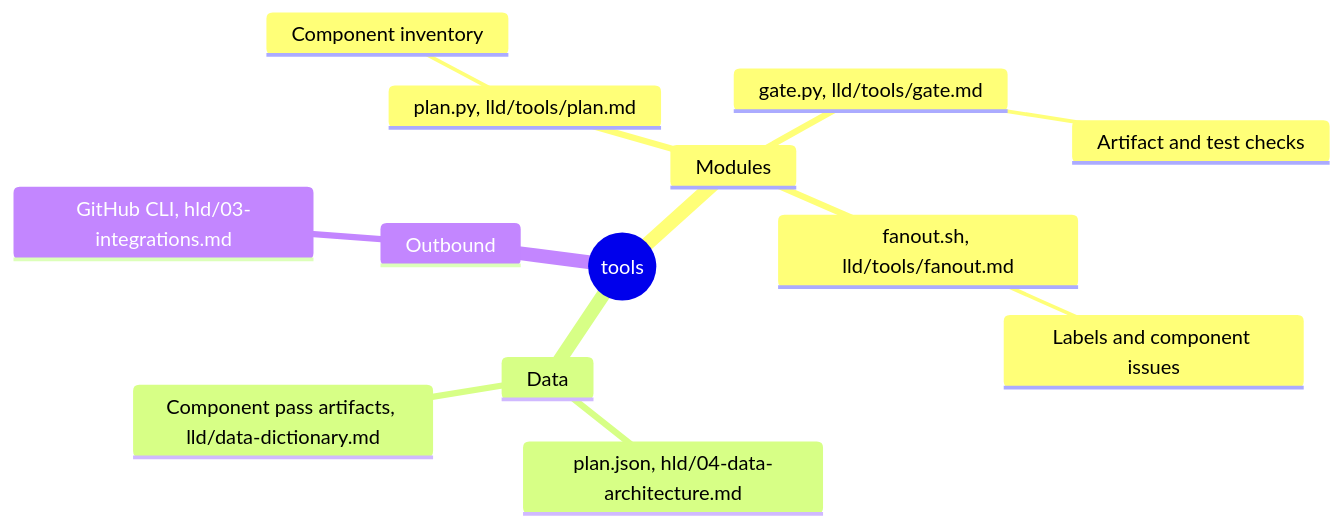
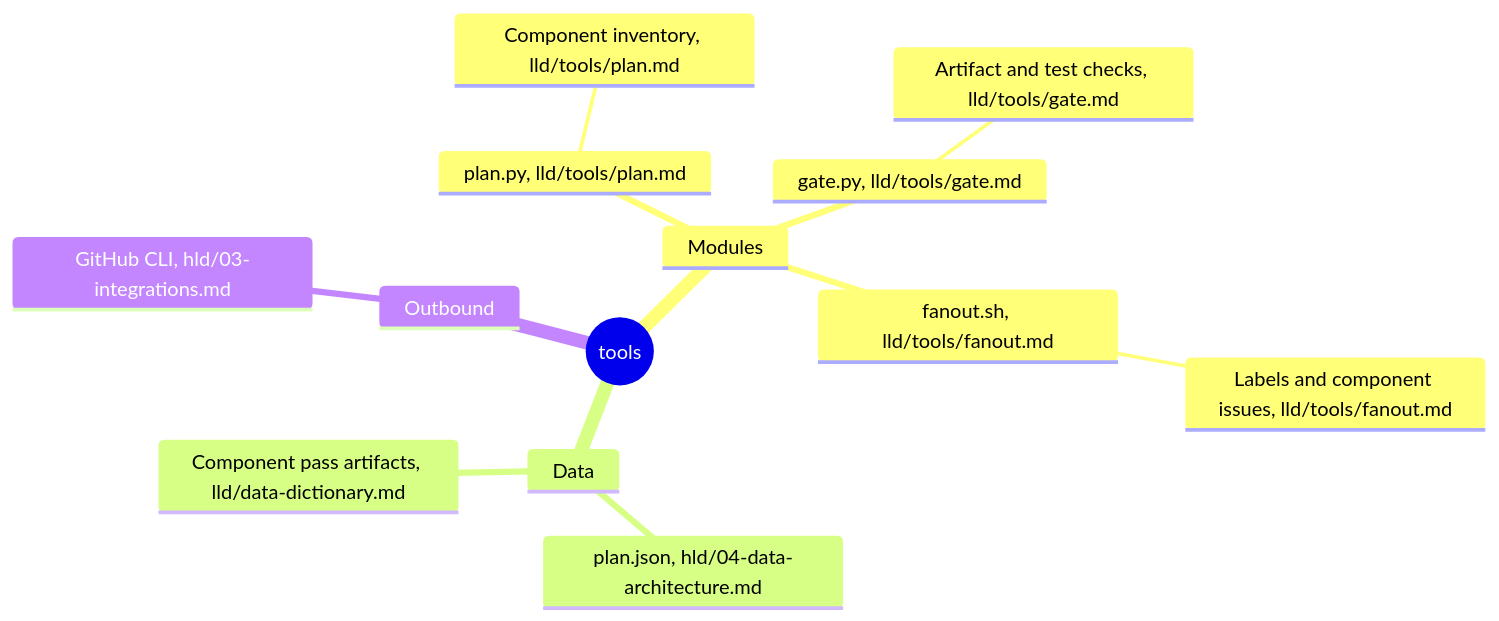
Before and after one commit to vishalc412/bible-mode-b-test: the fifth of 5 diagrams in codebase-analysis/00-mind-map.md, drawn with Mermaid. The commit also changed other lines of this file and 38 other files, not shown here.

````diff
--- a/codebase-analysis/00-mind-map.md
+++ b/codebase-analysis/00-mind-map.md
@@ -108,16 +108,16 @@
 ```mermaid
 mindmap
   root((tools))
     Modules
       plan.py, lld/tools/plan.md
-        Component inventory
+        Component inventory, lld/tools/plan.md
       gate.py, lld/tools/gate.md
-        Artifact and test checks
+        Artifact and test checks, lld/tools/gate.md
       fanout.sh, lld/tools/fanout.md
-        Labels and component issues
+        Labels and component issues, lld/tools/fanout.md
     Data
       plan.json, hld/04-data-architecture.md
       Component pass artifacts, lld/data-dictionary.md
     Outbound
       GitHub CLI, hld/03-integrations.md
 ```
````
